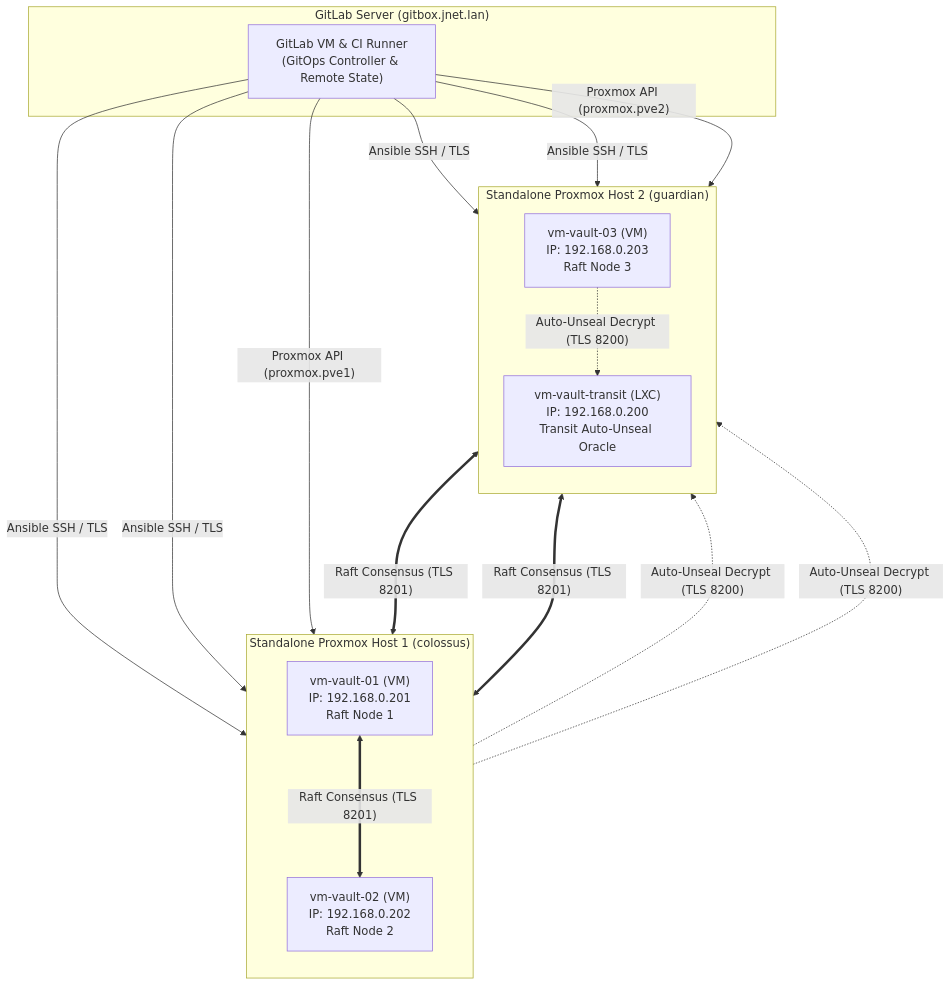
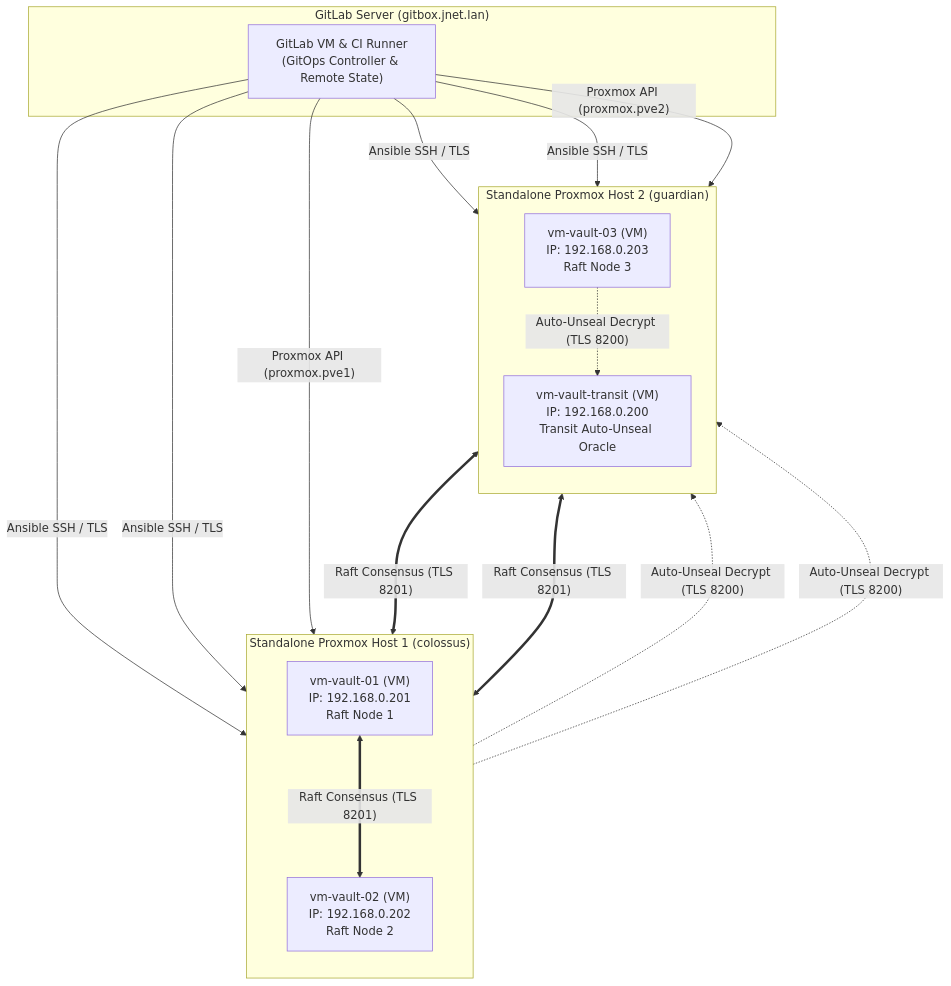
Before and after one commit to antonj-code/vault-bootstrap: the diagram in README.md, drawn with Mermaid. The commit also changed other lines of this file and 9 other files, not shown here.

Commit message:
feat(transit): switch Transit Auto-Unseal from LXC to lightweight VM cloned from Template 1000 for 100% automated provisioning

````diff
--- a/README.md
+++ b/README.md
@@ -9,33 +9,33 @@
 ```mermaid
 flowchart TB
     subgraph Host1["Standalone Proxmox Host 1 (colossus)"]
         direction TB
         V1["vm-vault-01 (VM)<br/>IP: 192.168.0.201<br/>Raft Node 1"]
         V2["vm-vault-02 (VM)<br/>IP: 192.168.0.202<br/>Raft Node 2"]
     end
 
     subgraph Host2["Standalone Proxmox Host 2 (guardian)"]
         direction TB
         V3["vm-vault-03 (VM)<br/>IP: 192.168.0.203<br/>Raft Node 3"]
-        VT["vm-vault-transit (LXC)<br/>IP: 192.168.0.200<br/>Transit Auto-Unseal Oracle"]
+        VT["vm-vault-transit (VM)<br/>IP: 192.168.0.200<br/>Transit Auto-Unseal Oracle"]
     end
 
     subgraph Management["GitLab Server (gitbox.jnet.lan)"]
         GL["GitLab VM & CI Runner<br/>(GitOps Controller & Remote State)"]
     end
 
     V1 <===>|"Raft Consensus (TLS 8201)"| V2
     V2 <===>|"Raft Consensus (TLS 8201)"| V3
     V3 <===>|"Raft Consensus (TLS 8201)"| V1
 
     V1 -.->|"Auto-Unseal Decrypt (TLS 8200)"| VT
     V2 -.->|"Auto-Unseal Decrypt (TLS 8200)"| VT
     V3 -.->|"Auto-Unseal Decrypt (TLS 8200)"| VT
 
     GL -->|"Proxmox API (proxmox.pve1)"| Host1
     GL -->|"Proxmox API (proxmox.pve2)"| Host2
     GL -->|"Ansible SSH / TLS"| V1
     GL -->|"Ansible SSH / TLS"| V2
     GL -->|"Ansible SSH / TLS"| V3
     GL -->|"Ansible SSH / TLS"| VT
 ```
````
